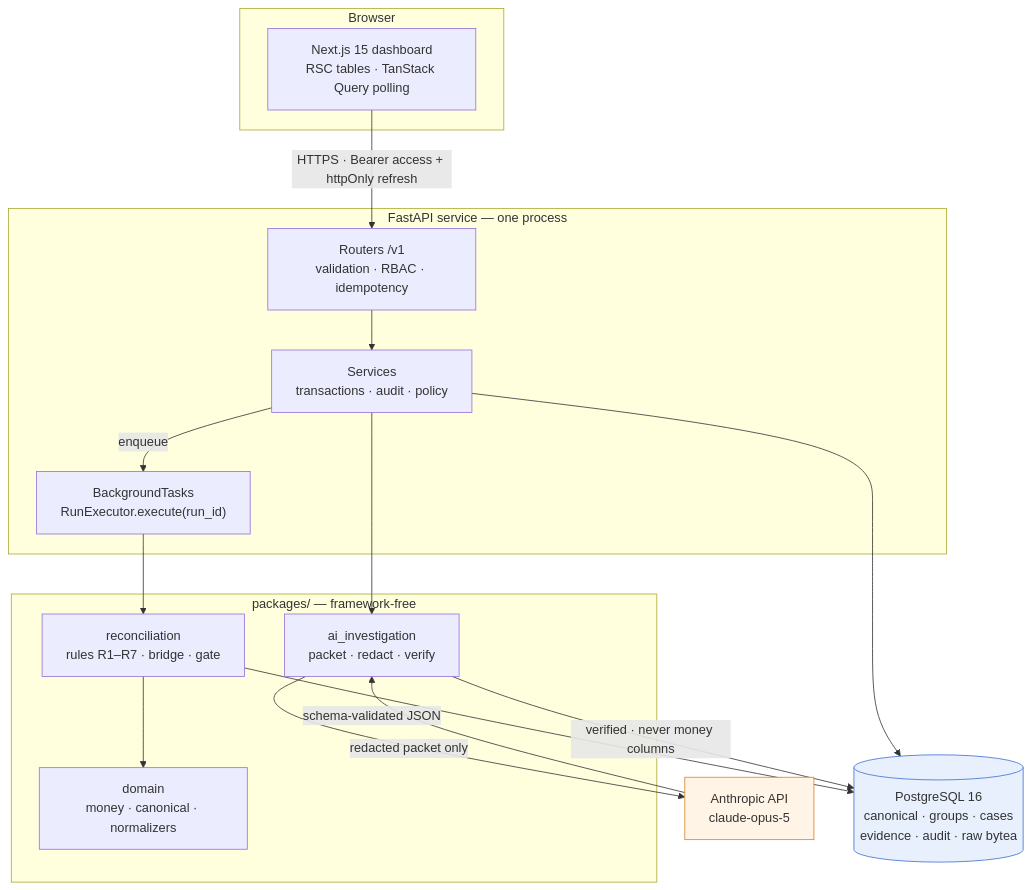
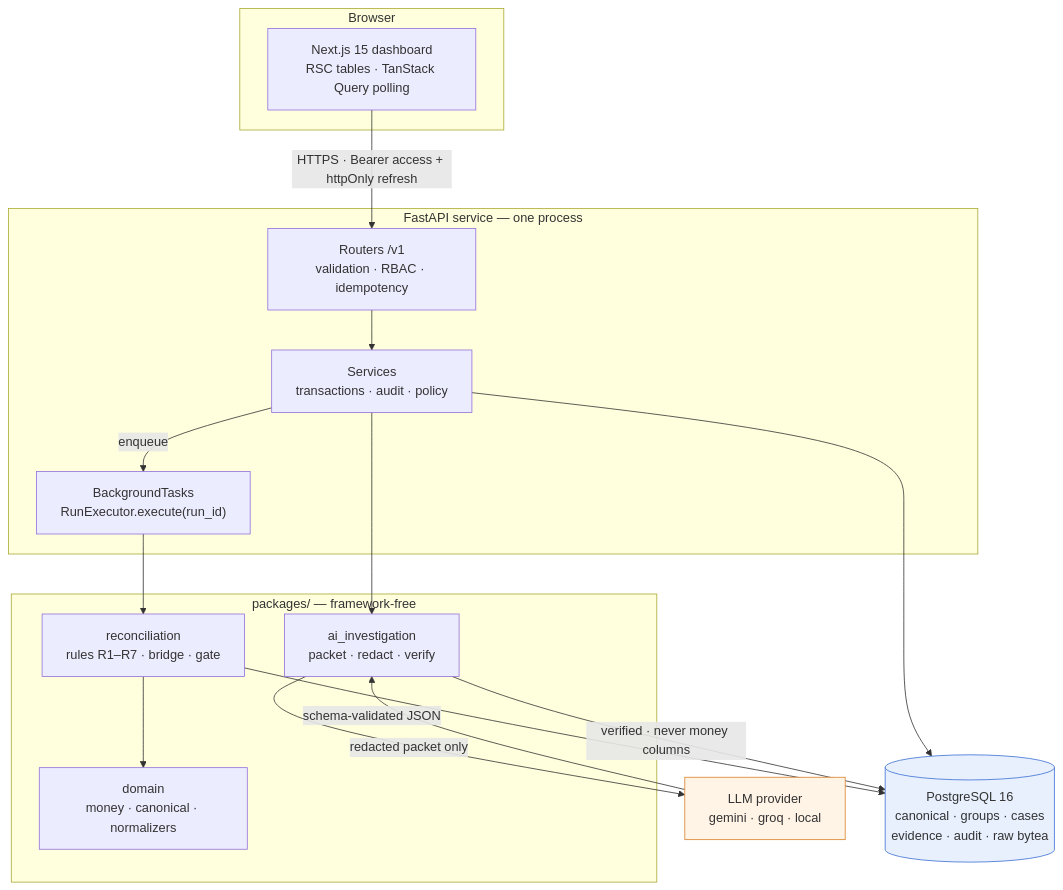
The first of 6 diagrams in docs/03-architecture.md (Login-39t/AI_Finance_Controller), drawn with Mermaid before and after one commit. The commit also changed other lines of this file and 6 other files, not shown here.

````diff
--- a/docs/03-architecture.md
+++ b/docs/03-architecture.md
@@ -157,36 +157,36 @@
 ```mermaid
 flowchart TB
   subgraph client["Browser"]
     UI["Next.js 15 dashboard<br/>RSC tables · TanStack Query polling"]
   end
 
   subgraph api["FastAPI service — one process"]
     R["Routers /v1<br/>validation · RBAC · idempotency"]
     S["Services<br/>transactions · audit · policy"]
     BG["BackgroundTasks<br/>RunExecutor.execute(run_id)"]
   end
 
   subgraph pkg["packages/ — framework-free"]
     DOM["domain<br/>money · canonical · normalizers"]
     REC["reconciliation<br/>rules R1–R7 · bridge · gate"]
     AII["ai_investigation<br/>packet · redact · verify"]
   end
 
-  EXT["Anthropic API<br/>claude-opus-5"]
+  EXT["LLM provider<br/>gemini · groq · local"]
   DB[("PostgreSQL 16<br/>canonical · groups · cases<br/>evidence · audit · raw bytea")]
 
   UI -- "HTTPS · Bearer access + httpOnly refresh" --> R
   R --> S
   S --> DB
   S -- "enqueue" --> BG
   BG --> REC
   REC --> DOM
   REC --> DB
   S --> AII
   AII -- "redacted packet only" --> EXT
   EXT -- "schema-validated JSON" --> AII
   AII -- "verified · never money columns" --> DB
 
   style EXT fill:#fff4e6,stroke:#d9822b
   style DB fill:#e8f0fe,stroke:#3b6fd4
 ```
````
